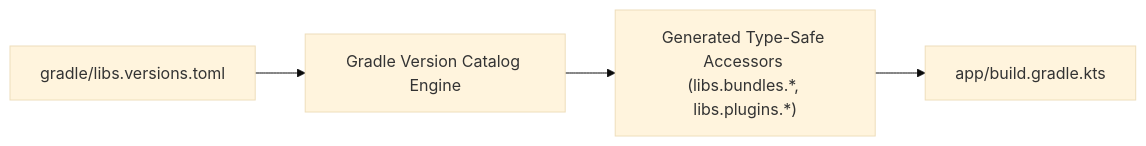
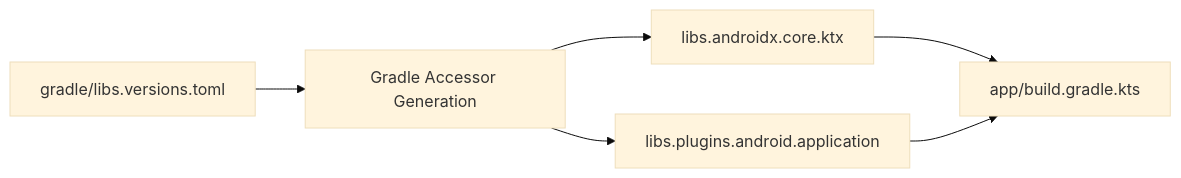
One commit to youngmin-gwon/what-i-studied changed the diagram in 01_inbox/mobile/android/03_packaging_deployment/build/dependency-versioning/dependency-ci-contracts/version-catalog-names-dependency-and-plugin-coordinates.md. Above: the diagram before and after it, drawn with Mermaid (base theme). The commit also changed other lines of this file and 134 other files, not shown here.

````diff
--- a/01_inbox/mobile/android/03_packaging_deployment/build/dependency-versioning/dependency-ci-contracts/version-catalog-names-dependency-and-plugin-coordinates.md
+++ b/01_inbox/mobile/android/03_packaging_deployment/build/dependency-versioning/dependency-ci-contracts/version-catalog-names-dependency-and-plugin-coordinates.md
@@ -19,6 +27,7 @@
 ```mermaid
 flowchart LR
-    TOML["gradle/libs.versions.toml"] --> Engine["Gradle Version Catalog Engine"]
-    Engine --> Accessors["Generated Type-Safe Accessors (libs.bundles.*, libs.plugins.*)"]
-    Accessors --> BuildScript["app/build.gradle.kts"]
+    TOML["gradle/libs.versions.toml"] --> GradleAccessor["Gradle Accessor Generation"]
+    GradleAccessor --> LibAccessors["libs.androidx.core.ktx"]
+    GradleAccessor --> PluginAccessors["libs.plugins.android.application"]
+    LibAccessors & PluginAccessors --> BuildScripts["app/build.gradle.kts"]
 ```
````
